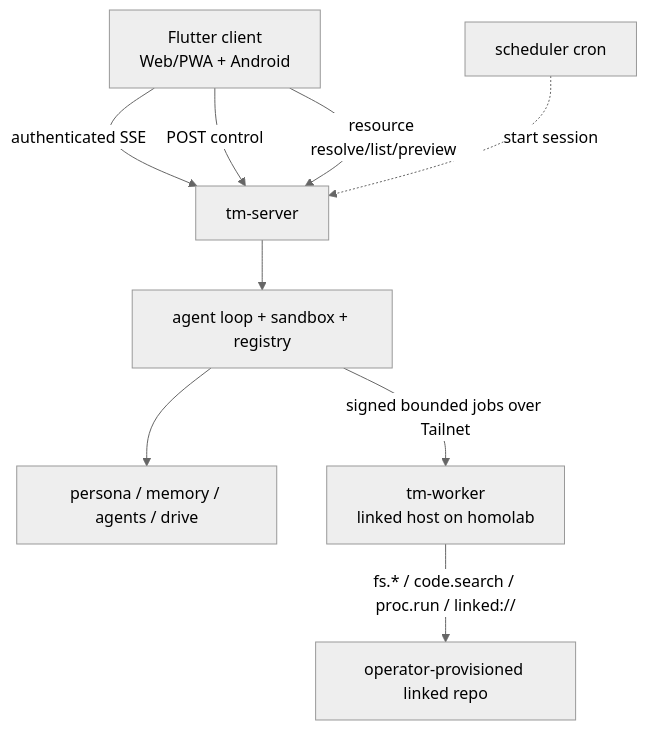
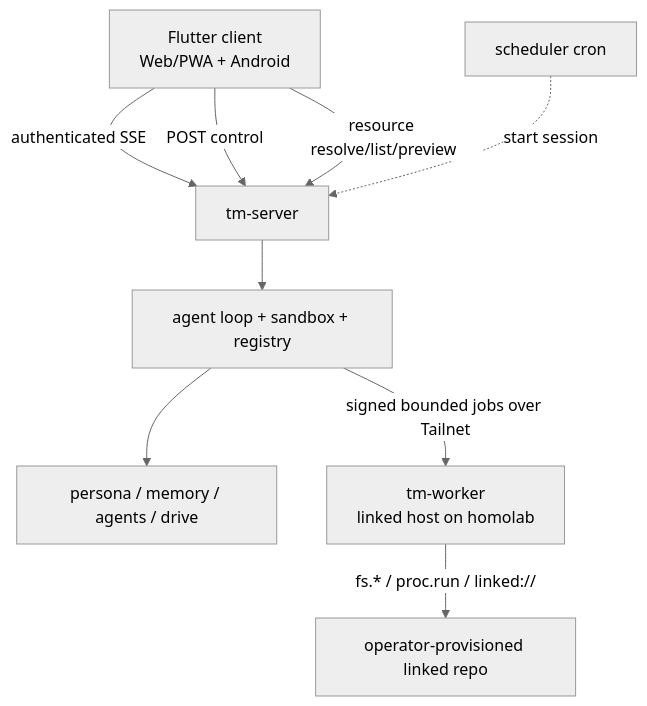
Before and after one commit to mozufu/TempestMiku: the diagram in docs/design/product/27-server-and-clients.md, drawn with Mermaid (neutral theme). The commit also changed 96 other files, not shown here.

````diff
--- a/docs/design/product/27-server-and-clients.md
+++ b/docs/design/product/27-server-and-clients.md
@@ -43,11 +43,11 @@
 ```mermaid
 flowchart TD
   FLUTTER[Flutter client<br/>Web/PWA + Android] -->|authenticated SSE| SRV[tm-server]
   FLUTTER -->|POST control| SRV
   FLUTTER -->|resource resolve/list/preview| SRV
   SCHED[scheduler cron] -.start session.-> SRV
   SRV --> CORE[agent loop + sandbox + registry]
   CORE --> SUBS[persona / memory / agents / drive]
   CORE -->|signed bounded jobs over Tailnet| WORKER[tm-worker<br/>linked host on homolab]
-  WORKER -->|fs.* / code.search / proc.run / linked://| REPO[operator-provisioned linked repo]
+  WORKER -->|fs.* / proc.run / linked://| REPO[operator-provisioned linked repo]
 ```
````
